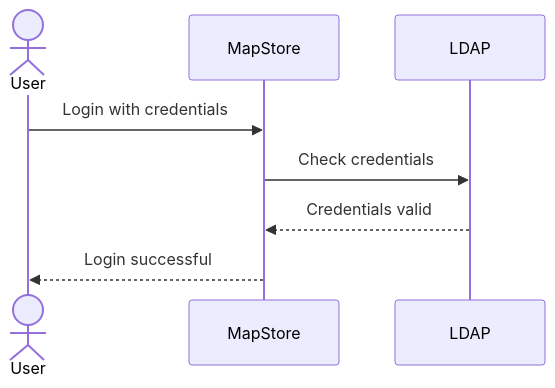
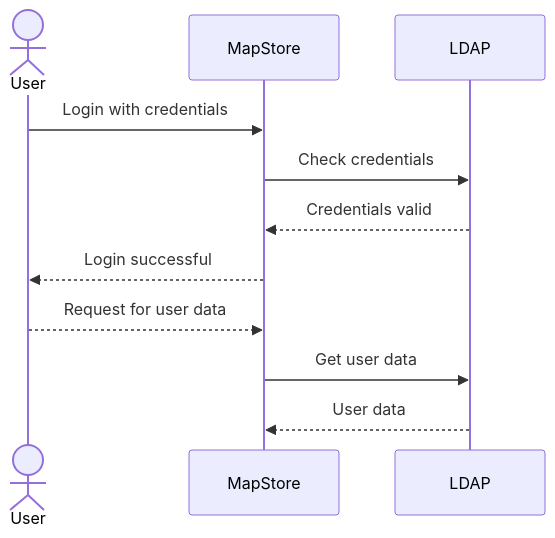
The second of 2 diagrams in docs/developer-guide/integrations/users/ldap.md (geosolutions-it/MapStore2), drawn with Mermaid before and after one commit. The commit also changed other lines of this file and 1 other file, not shown here.

Commit message:
Improved LDAP documntation

````diff
--- a/docs/developer-guide/integrations/users/ldap.md
+++ b/docs/developer-guide/integrations/users/ldap.md
@@ -50,11 +50,14 @@
 ```mermaid
 sequenceDiagram
     actor User
     participant MapStore
     participant LDAP
 
     User->>MapStore: Login with credentials
     MapStore->>LDAP: Check credentials
     LDAP-->>MapStore: Credentials valid
     MapStore-->>User: Login successful
+    User-->>MapStore: Request for user data
+    MapStore->>LDAP: Get user data
+    LDAP-->>MapStore: User data
 ```
````
